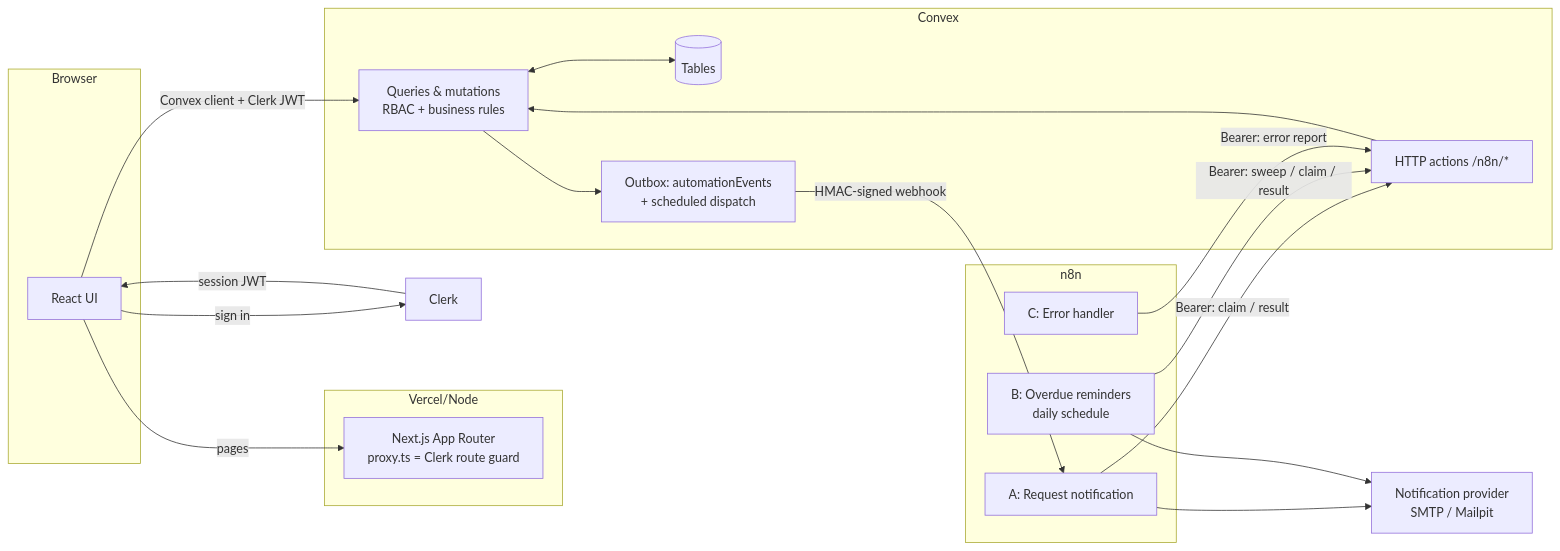
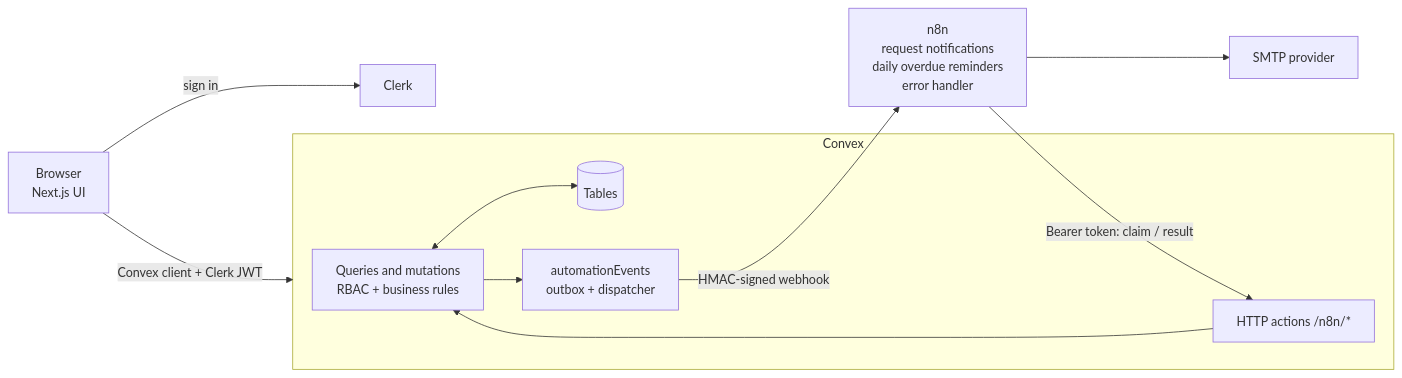
The diagram in README.md (latifniz/lendloop), drawn with Mermaid before and after one commit. The commit also changed other lines of this file, not shown here.

````diff
--- a/README.md
+++ b/README.md
@@ -55,36 +9,17 @@
 ```mermaid
 flowchart LR
-  subgraph Browser
-    UI[React UI]
+  UI[Browser<br/>Next.js UI] -- sign in --> CL[Clerk]
+  UI -- "Convex client + Clerk JWT" --> CX
+  subgraph CX[Convex]
+    FN[Queries and mutations<br/>RBAC + business rules]
+    DB[(Tables)]
+    OB[automationEvents<br/>outbox + dispatcher]
+    HT[HTTP actions /n8n/*]
+    FN <--> DB
+    FN --> OB
+    HT --> FN
   end
-  subgraph Vercel/Node
-    NX[Next.js App Router<br/>proxy.ts = Clerk route guard]
-  end
-  CL[Clerk]
-  subgraph Convex
-    FN[Queries & mutations<br/>RBAC + business rules]
-    DB[(Tables)]
-    OB[Outbox: automationEvents<br/>+ scheduled dispatch]
-    HT[HTTP actions /n8n/*]
-  end
-  subgraph n8n
-    WA[A: Request notification]
-    WB[B: Overdue reminders<br/>daily schedule]
-    WC[C: Error handler]
-  end
-  SMTP[Notification provider<br/>SMTP / Mailpit]
-
-  UI -- pages --> NX
-  UI -- sign in --> CL
-  CL -- session JWT --> UI
-  UI -- "Convex client + Clerk JWT" --> FN
-  FN <--> DB
-  FN --> OB
-  OB -- "HMAC-signed webhook" --> WA
-  WA -- "Bearer: claim / result" --> HT
-  WB -- "Bearer: sweep / claim / result" --> HT
-  WC -- "Bearer: error report" --> HT
-  HT --> FN
-  WA --> SMTP
-  WB --> SMTP
+  OB -- "HMAC-signed webhook" --> N8[n8n<br/>request notifications<br/>daily overdue reminders<br/>error handler]
+  N8 -- "Bearer token: claim / result" --> HT
+  N8 --> SMTP[SMTP provider]
 ```
````
